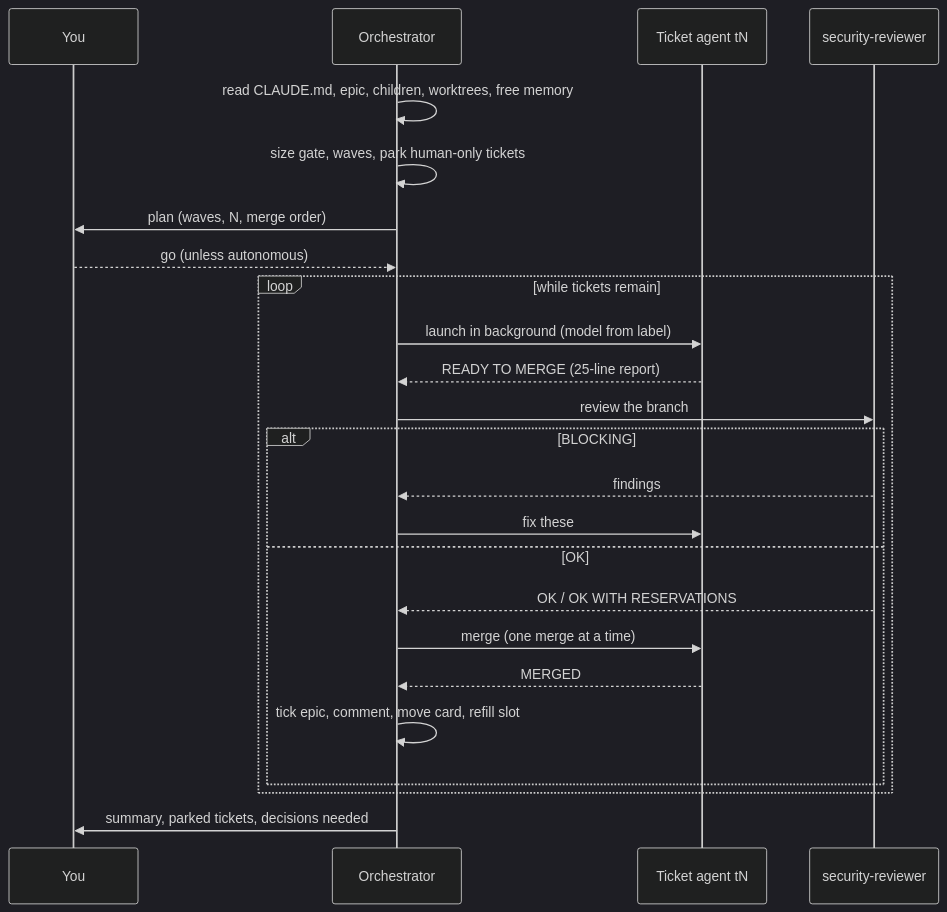
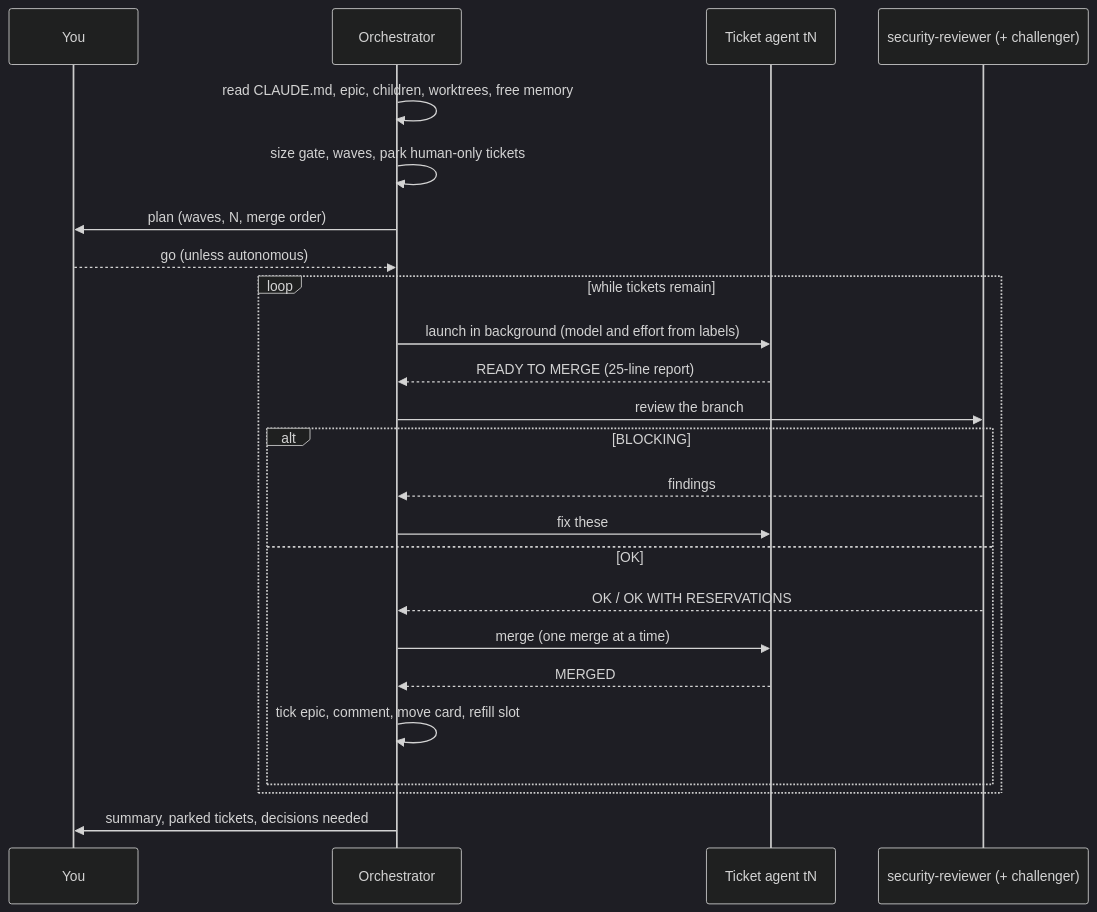
One commit to Xavier-Cliquennois/claude-ticket-flow changed the diagram in docs/guides/running-an-epic.md. Above: the diagram before and after it, drawn with Mermaid (dark theme). The commit also changed other lines of this file and 12 other files, not shown here.

First line of the commit message:
feat(ticket-flow): challenger agent on tickets labelled challenger

````diff
--- a/docs/guides/running-an-epic.md
+++ b/docs/guides/running-an-epic.md
@@ -24,26 +24,26 @@
 ```mermaid
 sequenceDiagram
   participant U as You
   participant O as Orchestrator
   participant A as Ticket agent tN
-  participant R as security-reviewer
+  participant R as security-reviewer (+ challenger)
   O->>O: read CLAUDE.md, epic, children, worktrees, free memory
   O->>O: size gate, waves, park human-only tickets
   O->>U: plan (waves, N, merge order)
   U-->>O: go (unless autonomous)
   loop while tickets remain
-    O->>A: launch in background (model from label)
+    O->>A: launch in background (model and effort from labels)
     A-->>O: READY TO MERGE (25-line report)
     O->>R: review the branch
     alt BLOCKING
       R-->>O: findings
       O->>A: fix these
     else OK
       R-->>O: OK / OK WITH RESERVATIONS
       O->>A: merge (one merge at a time)
       A-->>O: MERGED
       O->>O: tick epic, comment, move card, refill slot
     end
   end
   O->>U: summary, parked tickets, decisions needed
 ```
````
